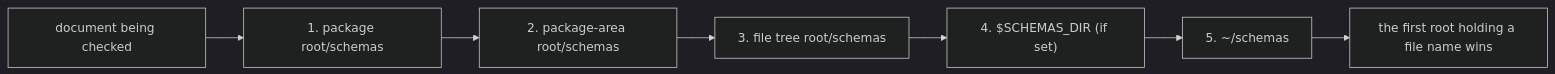
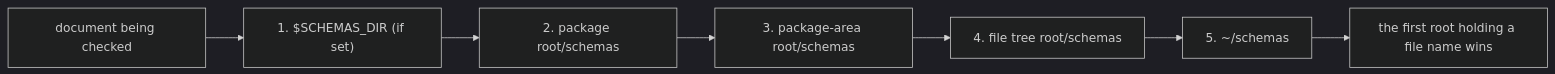
One commit to yankeeinlondon/rusty-biscuit changed the fourth of 5 diagrams in darkmatter/docs/topics/schemas/definition.md. Above: the diagram before and after it, drawn with Mermaid (dark theme). The commit also changed other lines of this file and 19 other files, not shown here.

First line of the commit message:
fix(darkmatter): prioritize SCHEMAS_DIR schema root

````diff
--- a/darkmatter/docs/topics/schemas/definition.md
+++ b/darkmatter/docs/topics/schemas/definition.md
@@ -1182,9 +1183,9 @@
 ```mermaid
 flowchart LR
-    D[document being checked] --> P["1. package root/schemas"]
-    P --> A["2. package-area root/schemas"]
-    A --> T["3. file tree root/schemas"]
-    T --> S["4. $SCHEMAS_DIR (if set)"]
-    S --> H["5. ~/schemas"]
+    D[document being checked] --> S["1. $SCHEMAS_DIR (if set)"]
+    S --> P["2. package root/schemas"]
+    P --> A["3. package-area root/schemas"]
+    A --> T["4. file tree root/schemas"]
+    T --> H["5. ~/schemas"]
     H --> R["the first root holding a file name wins"]
 ```
````
